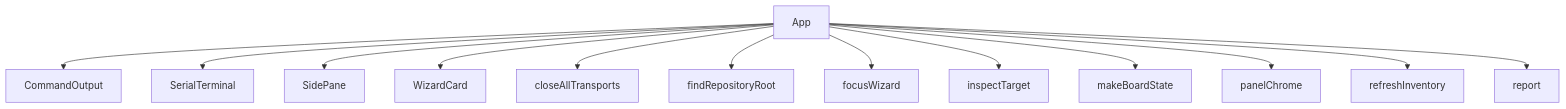
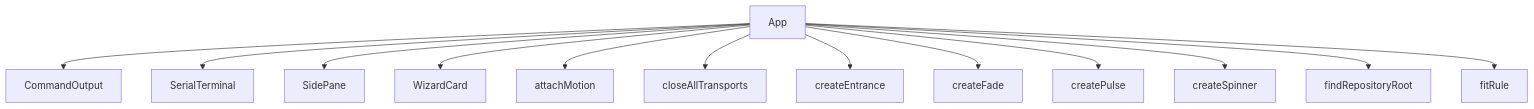
Before and after one commit to jonathan-shc/UWB: the diagram in docs/architecture/tools.tui.src/app.tsx.md, drawn with Mermaid. The commit also changed other lines of this file and 15 other files, not shown here.

````diff
--- a/docs/architecture/tools.tui.src/app.tsx.md
+++ b/docs/architecture/tools.tui.src/app.tsx.md
@@ -6,15 +6,15 @@
 ```mermaid
 flowchart TD
   App --> CommandOutput
   App --> SerialTerminal
   App --> SidePane
   App --> WizardCard
+  App --> attachMotion
   App --> closeAllTransports
+  App --> createEntrance
+  App --> createFade
+  App --> createPulse
+  App --> createSpinner
   App --> findRepositoryRoot
-  App --> focusWizard
-  App --> inspectTarget
-  App --> makeBoardState
-  App --> panelChrome
-  App --> refreshInventory
-  App --> report
+  App --> fitRule
 ```
````
